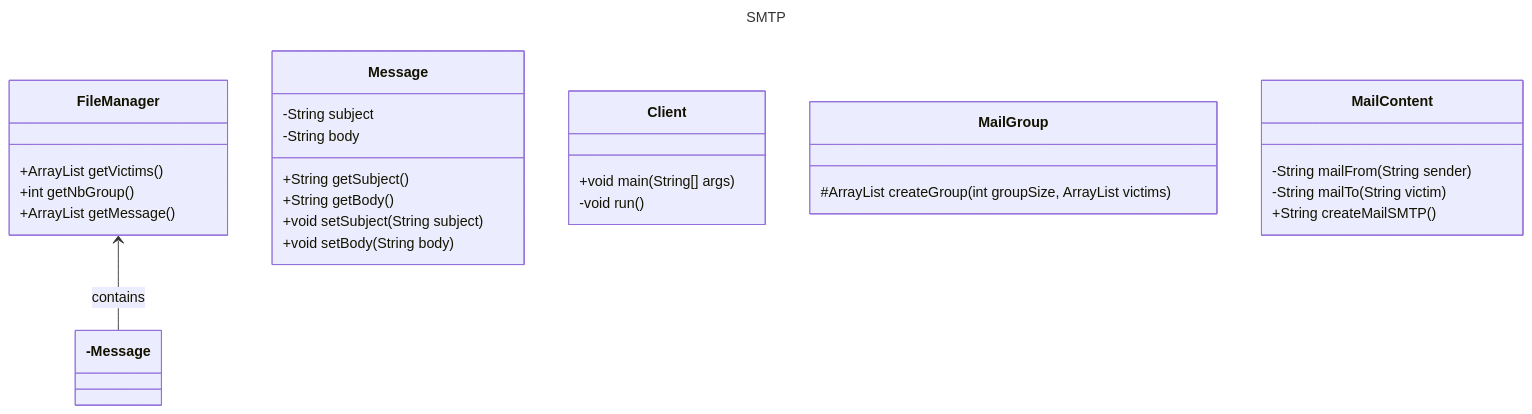
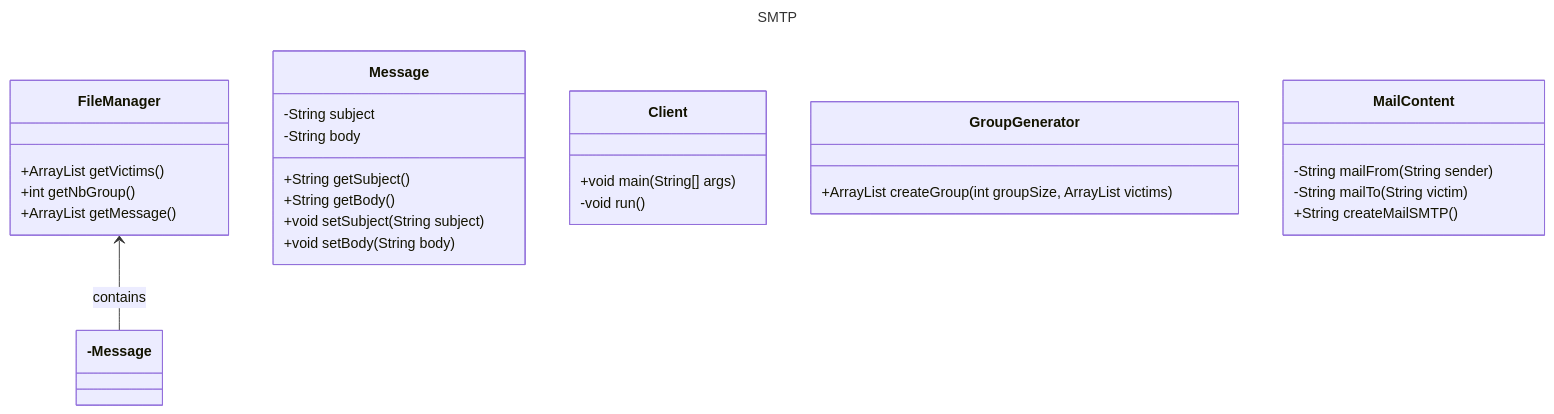
The diagram in README.md (evarayHEIG/dai-labo4-smtp), drawn with Mermaid before and after one commit. The commit also changed other lines of this file and 3 other files, not shown here.

Commit message:
Refactor MailGroup into MailGenerator and make CreateGroup methode more robust.

````diff
--- a/README.md
+++ b/README.md
@@ -27,39 +33,39 @@
 ```mermaid
 ---
 title: SMTP
 ---
 classDiagram
     
     class FileManager {
         +ArrayList<String> getVictims()
         +int getNbGroup()
         +ArrayList<String> getMessage()
     }
     
     class Message {
         -String subject
         -String body
         +String getSubject()
         +String getBody()
         +void setSubject(String subject)
         +void setBody(String body)
     }
     
     class Client {
         +void main(String[] args)
         -void run()
     }
     
-    class MailGroup {
-        #ArrayList<String> createGroup(int groupSize, ArrayList<String> victims)
+    class GroupGenerator {
+        +ArrayList<String> createGroup(int groupSize, ArrayList<String> victims)
     }
     
     class MailContent {
         -String mailFrom(String sender)
         -String mailTo(String victim)
         +String createMailSMTP()
     }
 
     FileManager <--- Message : contains
 
 ```
````
